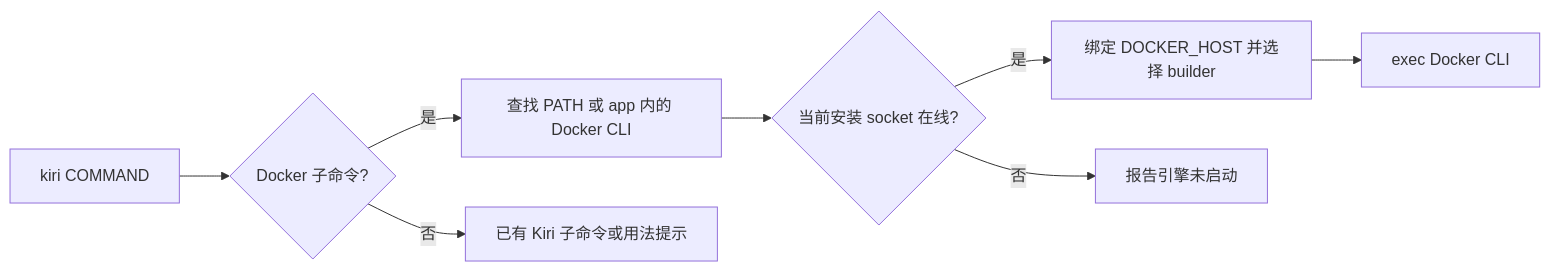
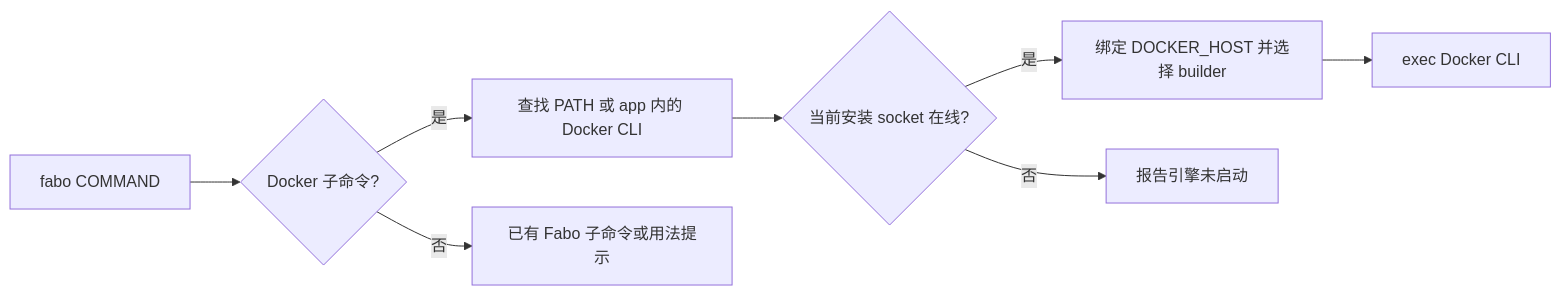
One commit to OpenFabrica/Fabo changed the diagram in docs/compatibility-baseline.md. Above: the diagram before and after it, drawn with Mermaid. The commit also changed other lines of this file and 473 other files, not shown here.

First line of the commit message:
refactor: rename the project's own kiri identity to fabo

````diff
--- a/docs/compatibility-baseline.md
+++ b/docs/compatibility-baseline.md
@@ -51,10 +51,10 @@
 ```mermaid
 flowchart LR
-    A[kiri COMMAND] --> B{Docker 子命令?}
+    A[fabo COMMAND] --> B{Docker 子命令?}
     B -->|是| C[查找 PATH 或 app 内的 Docker CLI]
     C --> D{当前安装 socket 在线?}
     D -->|是| E[绑定 DOCKER_HOST 并选择 builder]
     E --> F[exec Docker CLI]
     D -->|否| G[报告引擎未启动]
-    B -->|否| H[已有 Kiri 子命令或用法提示]
+    B -->|否| H[已有 Fabo 子命令或用法提示]
 ```
````
